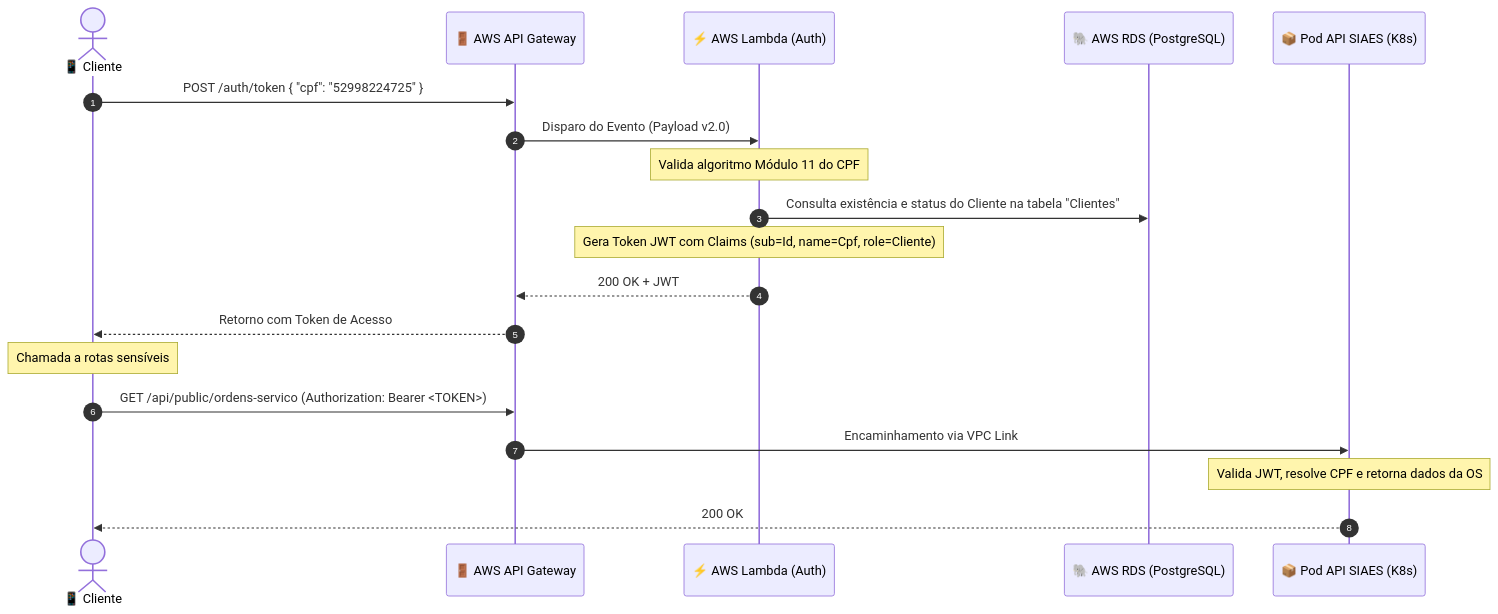
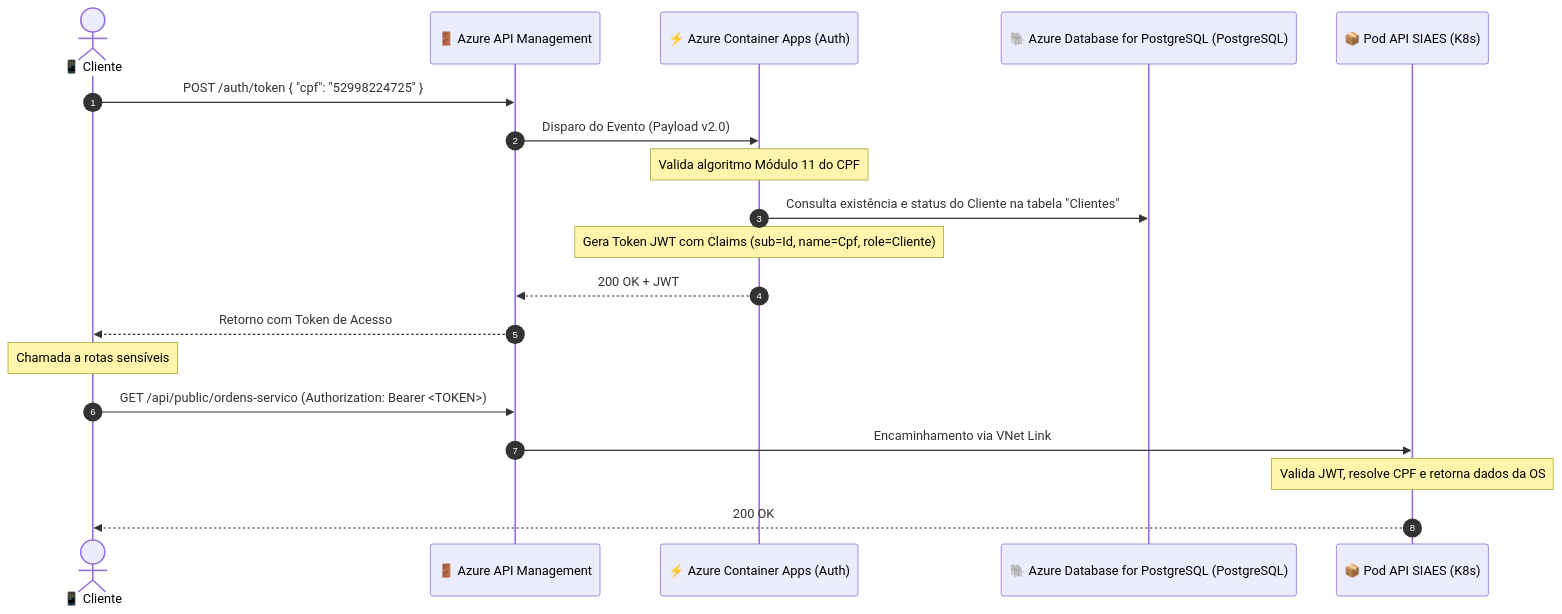
The second of 2 diagrams in README.md (dvdalves/FIAP.Tech.Challenge), drawn with Mermaid before and after one commit. The commit also changed other lines of this file and 31 other files, not shown here.

````diff
--- a/README.md
+++ b/README.md
@@ -99,22 +99,22 @@
 ```mermaid
 sequenceDiagram
     autonumber
     actor Cliente as 📱 Cliente
-    participant APIGW as 🚪 AWS API Gateway
-    participant Lambda as ⚡ AWS Lambda (Auth)
-    participant RDS as 🐘 AWS RDS (PostgreSQL)
+    participant APIGW as 🚪 Azure API Management
+    participant Lambda as ⚡ Azure Container Apps (Auth)
+    participant PostgreSQLFlexivel as 🐘 Azure Database for PostgreSQL (PostgreSQL)
     participant API as 📦 Pod API SIAES (K8s)
 
     Cliente->>APIGW: POST /auth/token { "cpf": "52998224725" }
     APIGW->>Lambda: Disparo do Evento (Payload v2.0)
     Note over Lambda: Valida algoritmo Módulo 11 do CPF
-    Lambda->>RDS: Consulta existência e status do Cliente na tabela "Clientes"
+    Lambda->>PostgreSQLFlexivel: Consulta existência e status do Cliente na tabela "Clientes"
     Note over Lambda: Gera Token JWT com Claims (sub=Id, name=Cpf, role=Cliente)
     Lambda-->>APIGW: 200 OK + JWT
     APIGW-->>Cliente: Retorno com Token de Acesso
     Note over Cliente: Chamada a rotas sensíveis
     Cliente->>APIGW: GET /api/public/ordens-servico (Authorization: Bearer <TOKEN>)
-    APIGW->>API: Encaminhamento via VPC Link
+    APIGW->>API: Encaminhamento via VNet Link
     Note over API: Valida JWT, resolve CPF e retorna dados da OS
     API-->>Cliente: 200 OK
 ```
````
